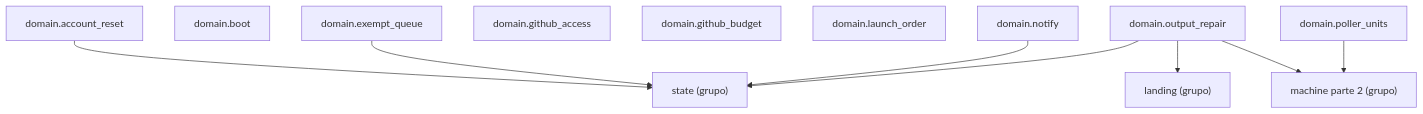
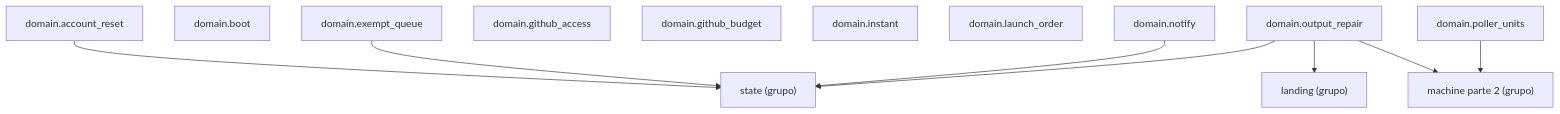
The diagram in docs/architecture/generated/packages-process-domain-machine-1.md (GonzaloZevallos/agentic-system), drawn with Mermaid before and after one commit. The commit also changed 13 other files, not shown here.

First line of the commit message:
Add domain.instant.parse_instant and move rules, rate_limit and merge_hold onto it

````diff
--- a/docs/architecture/generated/packages-process-domain-machine-1.md
+++ b/docs/architecture/generated/packages-process-domain-machine-1.md
@@ -13,22 +13,23 @@
 ```mermaid
 graph TD
     g_domain__landing["landing (grupo)"]
     g_domain__machine__2["machine parte 2 (grupo)"]
     g_domain__state["state (grupo)"]
     m_domain__account_reset["domain.account_reset"]
     m_domain__boot["domain.boot"]
     m_domain__exempt_queue["domain.exempt_queue"]
     m_domain__github_access["domain.github_access"]
     m_domain__github_budget["domain.github_budget"]
+    m_domain__instant["domain.instant"]
     m_domain__launch_order["domain.launch_order"]
     m_domain__notify["domain.notify"]
     m_domain__output_repair["domain.output_repair"]
     m_domain__poller_units["domain.poller_units"]
     m_domain__account_reset --> g_domain__state
     m_domain__exempt_queue --> g_domain__state
     m_domain__notify --> g_domain__state
     m_domain__output_repair --> g_domain__landing
     m_domain__output_repair --> g_domain__machine__2
     m_domain__output_repair --> g_domain__state
     m_domain__poller_units --> g_domain__machine__2
 ```
````
